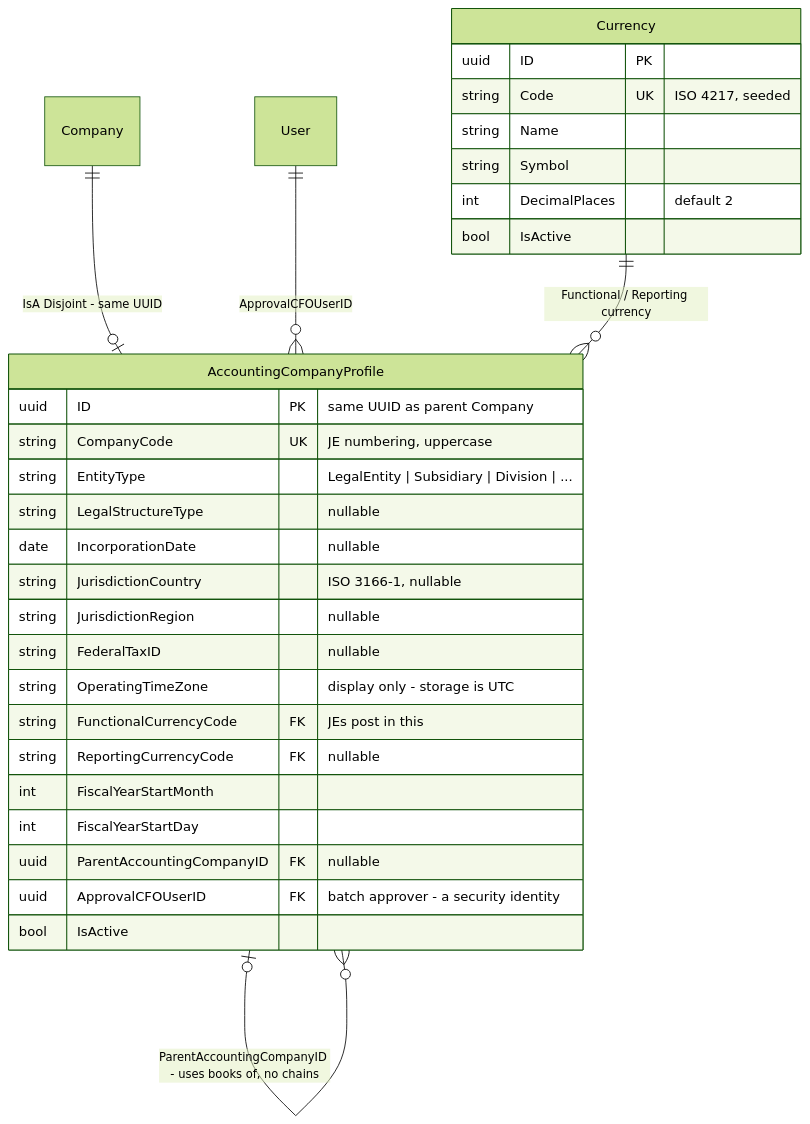
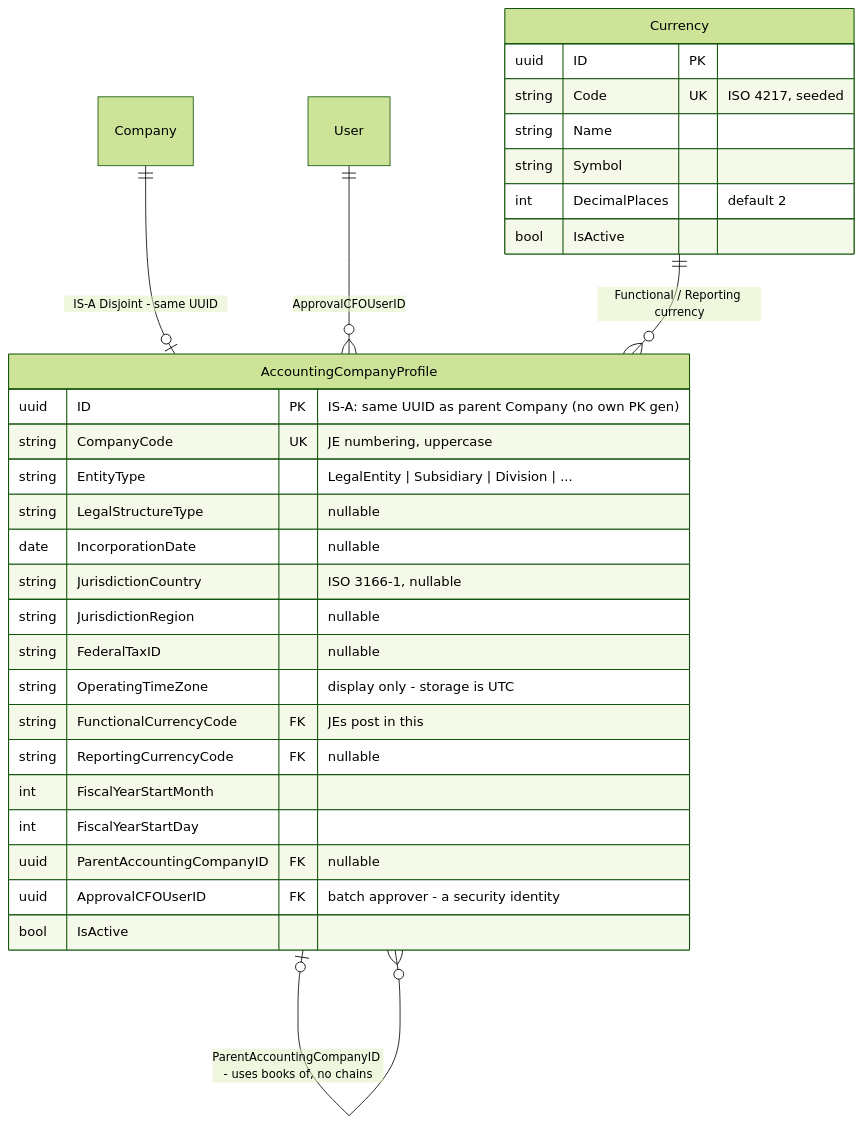
Before and after one commit to MemberJunction/bizapps-accounting: the third of 12 diagrams in docs/bizapps-accounting-erd.md, drawn with Mermaid (forest theme). The commit also changed other lines of this file and 1 other file, not shown here.

````diff
--- a/docs/bizapps-accounting-erd.md
+++ b/docs/bizapps-accounting-erd.md
@@ -430,34 +452,34 @@
 ```mermaid
 erDiagram
-    Company ||--o| AccountingCompanyProfile : "IsA Disjoint - same UUID"
+    Company ||--o| AccountingCompanyProfile : "IS-A Disjoint - same UUID"
     User ||--o{ AccountingCompanyProfile : "ApprovalCFOUserID"
     Currency ||--o{ AccountingCompanyProfile : "Functional / Reporting currency"
     AccountingCompanyProfile |o--o{ AccountingCompanyProfile : "ParentAccountingCompanyID - uses books of, no chains"
 
     AccountingCompanyProfile {
-        uuid ID PK "same UUID as parent Company"
+        uuid ID PK "IS-A: same UUID as parent Company (no own PK gen)"
         string CompanyCode UK "JE numbering, uppercase"
         string EntityType "LegalEntity | Subsidiary | Division | ..."
         string LegalStructureType "nullable"
         date IncorporationDate "nullable"
         string JurisdictionCountry "ISO 3166-1, nullable"
         string JurisdictionRegion "nullable"
         string FederalTaxID "nullable"
         string OperatingTimeZone "display only - storage is UTC"
         string FunctionalCurrencyCode FK "JEs post in this"
         string ReportingCurrencyCode FK "nullable"
         int FiscalYearStartMonth
         int FiscalYearStartDay
         uuid ParentAccountingCompanyID FK "nullable"
         uuid ApprovalCFOUserID FK "batch approver - a security identity"
         bool IsActive
     }
     Currency {
         uuid ID PK
         string Code UK "ISO 4217, seeded"
         string Name
         string Symbol
         int DecimalPlaces "default 2"
         bool IsActive
     }
 ```
````
